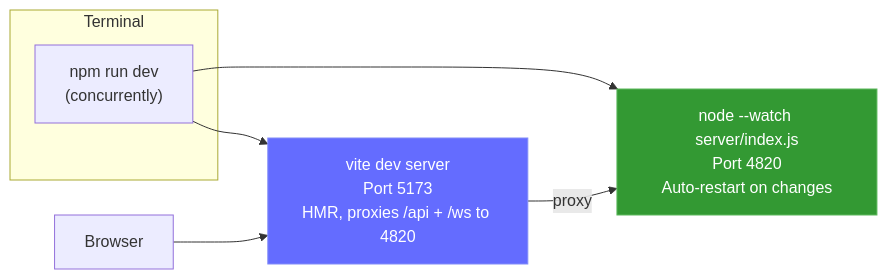
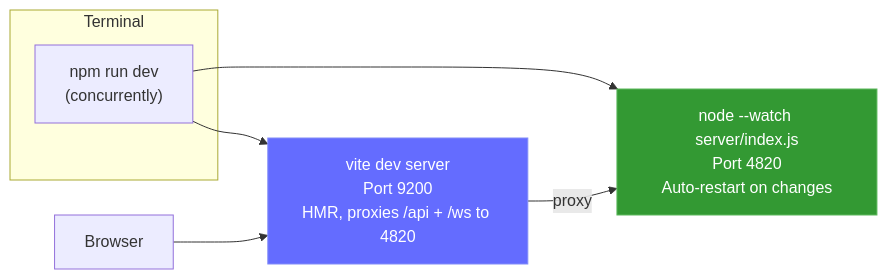
One commit to saralafleur/Claude-Code-Agent-Monitor changed diagram 42 of 48 in ARCHITECTURE.md. Above: the diagram before and after it, drawn with Mermaid. The commit also changed other lines of this file and 45 other files, not shown here.

First line of the commit message:
feat(coach,devops): add account-weekly-balance Playbook practice; move Vite dev port to 9200

````diff
--- a/ARCHITECTURE.md
+++ b/ARCHITECTURE.md
@@ -3184,14 +3184,14 @@
 ```mermaid
 graph LR
     subgraph "Terminal"
         DEV["npm run dev<br/>(concurrently)"]
     end
 
     DEV --> SERVER["node --watch server/index.js<br/>Port 4820<br/>Auto-restart on changes"]
-    DEV --> VITE["vite dev server<br/>Port 5173<br/>HMR, proxies /api + /ws to 4820"]
+    DEV --> VITE["vite dev server<br/>Port 9200<br/>HMR, proxies /api + /ws to 4820"]
     BROWSER["Browser"] --> VITE
     VITE -->|proxy| SERVER
 
     style VITE fill:#646CFF,stroke:#818cf8,color:#fff
     style SERVER fill:#339933,stroke:#5cb85c,color:#fff
 ```
````
